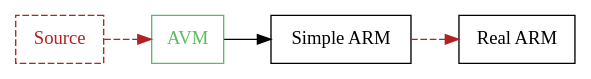
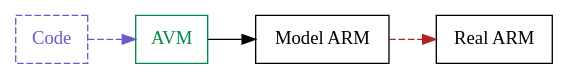
Before and after one commit to janmasrovira/goose-presentation: the second of 2 diagrams in slides.org, drawn with Graphviz. The commit also changed other lines of this file and 3 other files, not shown here.

```diff
--- a/slides.org
+++ b/slides.org
@@ -83,16 +107,16 @@
-#+begin_src dot :file img/layers.pdf :cmdline -Tpdf :exports none
+#+begin_src dot :file img/layers2.pdf :cmdline -Tpdf :exports none
 digraph G {
     node [shape=box];
 
-    Concrete [label="Source", style=dashed; color=firebrick; fontcolor=firebrick];
-    AVM [label="AVM"; color="#5DBB63"; fontcolor="#5DBB63"];
-    SARM [label="Simple ARM"];
+    Concrete [label="Code", style=dashed; color=slateblue; fontcolor=slateblue];
+    AVM [label="AVM"; color=springgreen4; fontcolor=springgreen4];
+    SARM [label="Model ARM"];
     ARM [label="Real ARM"];
 
     { rank=same; Concrete; AVM; SARM; ARM }
 
-    Concrete -> AVM [style=dashed; color=firebrick; minlen=2];
+    Concrete -> AVM [style=dashed; color=slateblue; minlen=2];
     AVM -> SARM [minlen=2];
     SARM -> ARM [style=dashed; color=firebrick; minlen=2];
 }
 #+end_src
```
